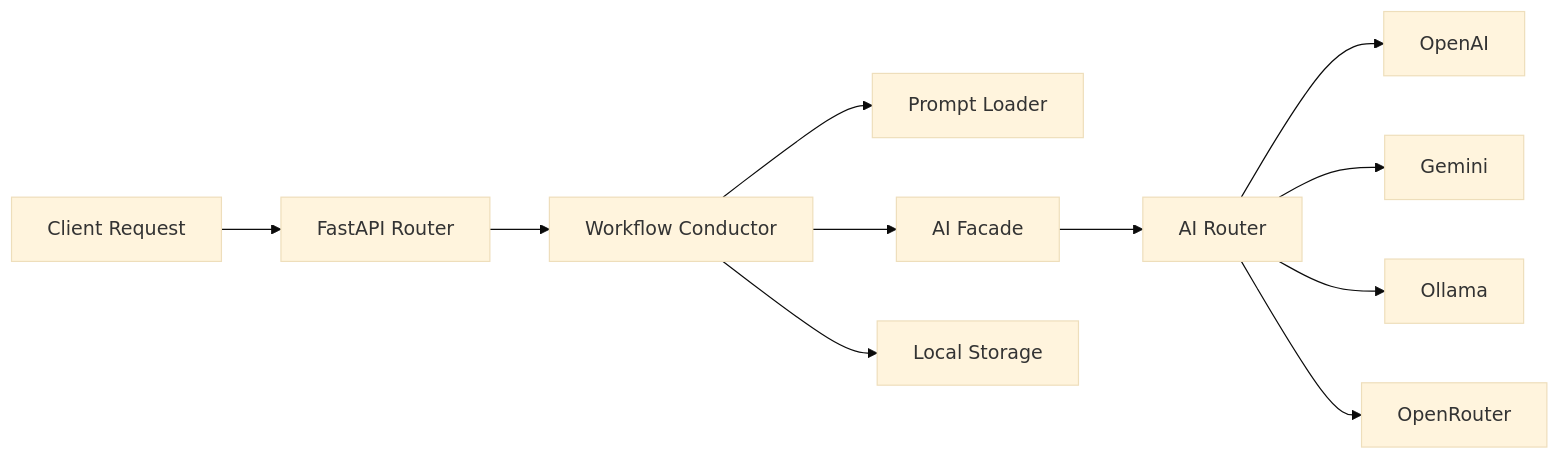
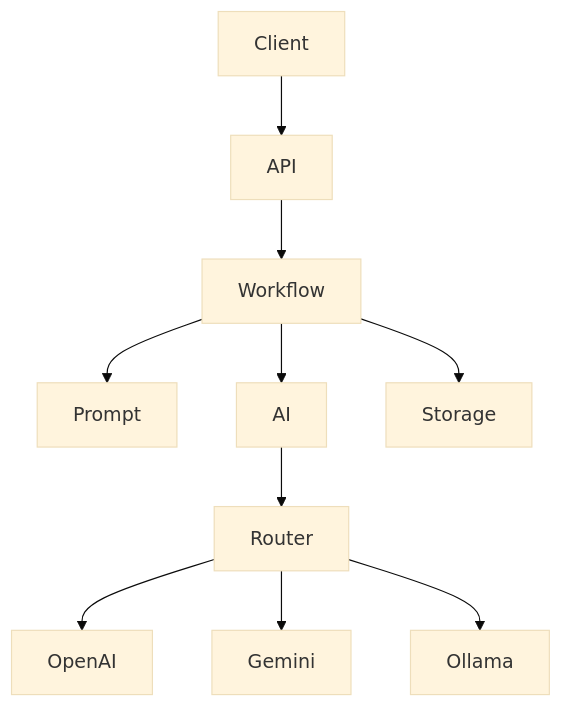
Before and after one commit to sohibwong102-pixel/API_Integration: the diagram in README.md, drawn with Mermaid (base theme). The commit also changed other lines of this file, not shown here.

Commit message:
docs: refactor README with CIVIL GROUP PROJECT architecture map

````diff
--- a/README.md
+++ b/README.md
@@ -114,13 +42,12 @@
 ```mermaid
-graph LR
-    A[Client Request] --> B[FastAPI Router]
-    B --> C[Workflow Conductor]
-    C --> D[Prompt Loader]
-    C --> E[AI Facade]
-    E --> F[AI Router]
-    F --> G[OpenAI]
-    F --> H[Gemini]
-    F --> I[Ollama]
-    F --> J[OpenRouter]
-    C --> K[Local Storage]
+graph TD
+    Client --> API
+    API --> Workflow
+    Workflow --> Prompt
+    Workflow --> AI
+    Workflow --> Storage
+    AI --> Router
+    Router --> OpenAI
+    Router --> Gemini
+    Router --> Ollama
 ```
````
